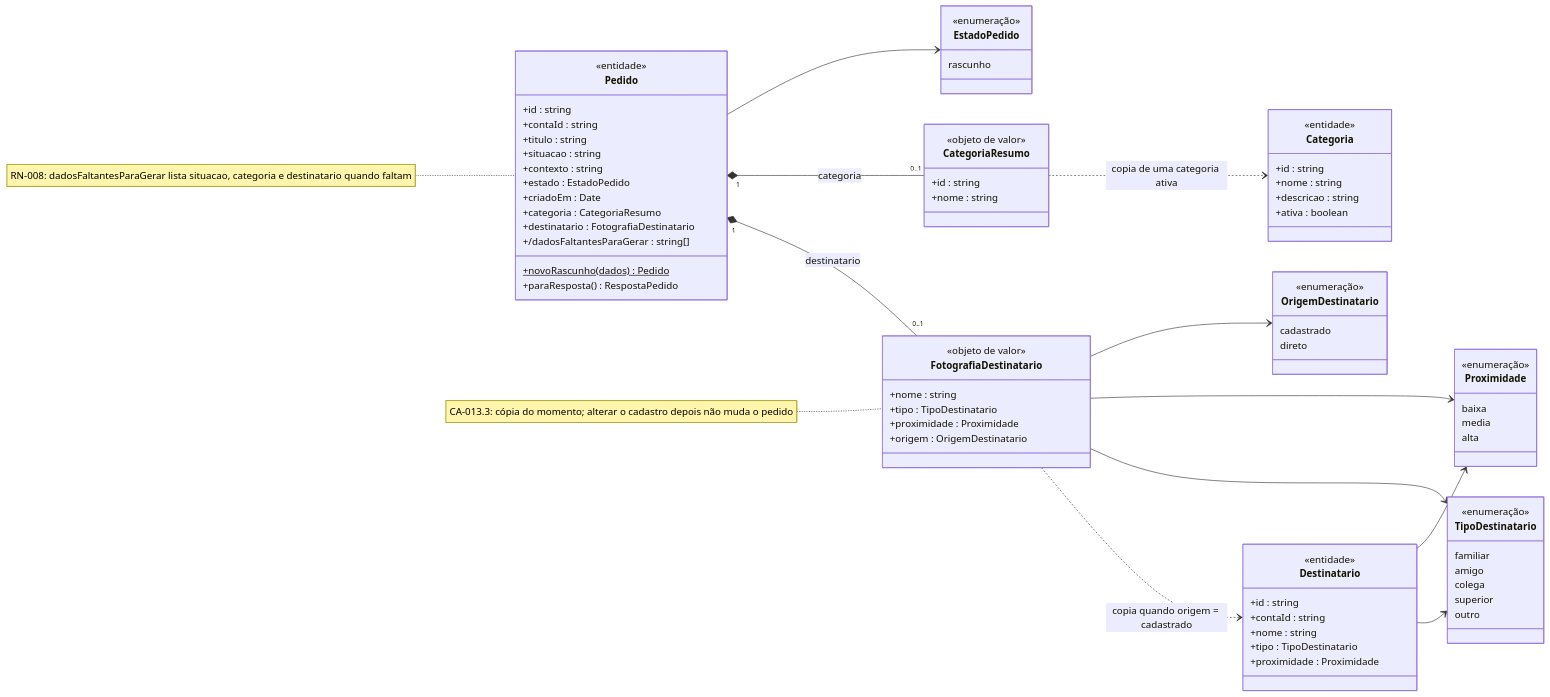
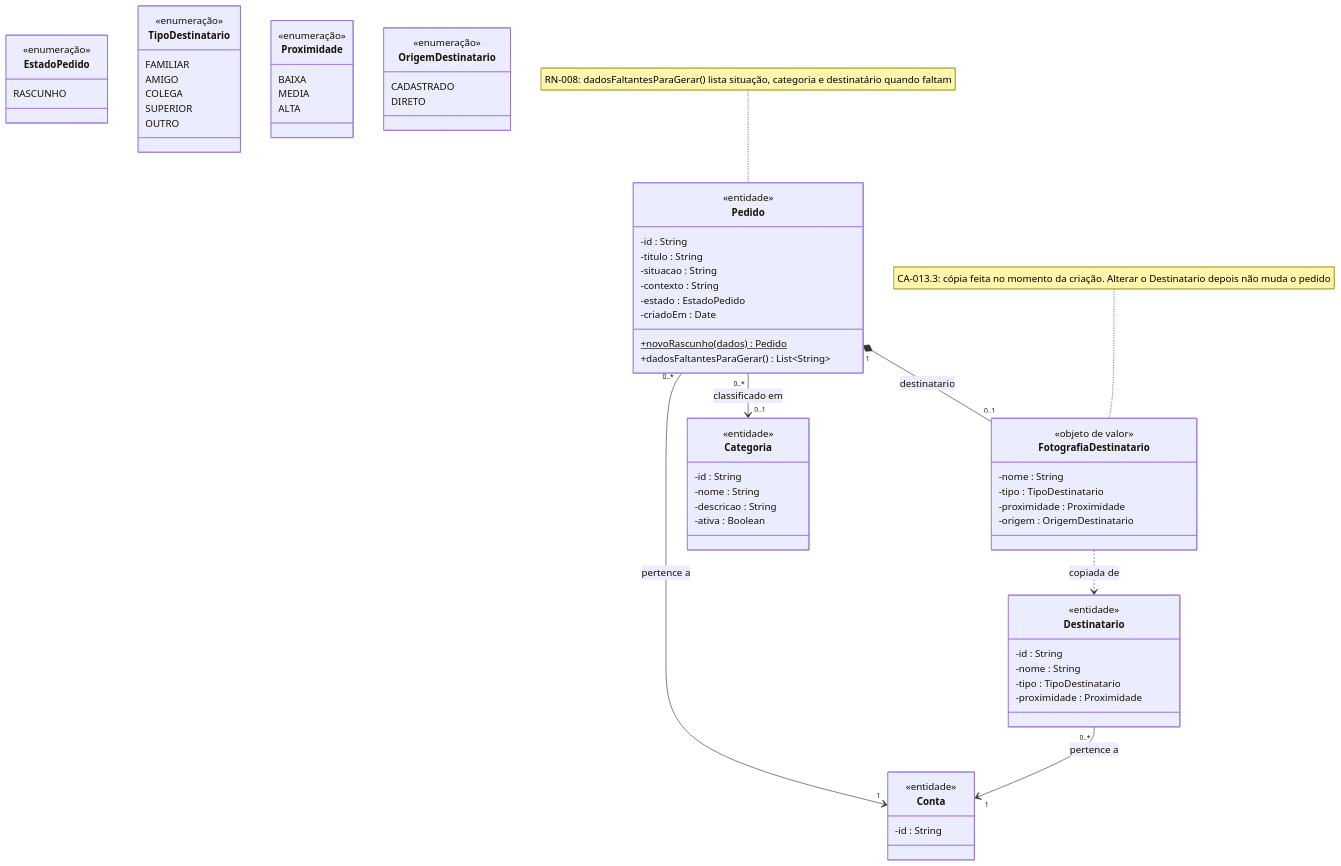
One commit to isabvenancio/atividades_aps changed the first of 4 diagrams in Trabalho Final/docs/diagrama-classes-uc-013.md. Above: the diagram before and after it, drawn with Mermaid. The commit also changed other lines of this file, not shown here.

First line of the commit message:
docs(docs): refaz o diagrama de classes do UC-013

````diff
--- a/Trabalho Final/docs/diagrama-classes-uc-013.md
+++ b/Trabalho Final/docs/diagrama-classes-uc-013.md
@@ -15,92 +18,81 @@
 ```mermaid
 classDiagram
-    direction LR
+    direction TB
+
+    class Conta {
+        <<entidade>>
+        -id : String
+    }
 
     class Pedido {
         <<entidade>>
-        +id : string
-        +contaId : string
-        +titulo : string
-        +situacao : string
-        +contexto : string
-        +estado : EstadoPedido
-        +criadoEm : Date
-        +categoria : CategoriaResumo
-        +destinatario : FotografiaDestinatario
-        +/dadosFaltantesParaGerar : string[]
+        -id : String
+        -titulo : String
+        -situacao : String
+        -contexto : String
+        -estado : EstadoPedido
+        -criadoEm : Date
         +novoRascunho(dados) Pedido$
-        +paraResposta() RespostaPedido
+        +dadosFaltantesParaGerar() List~String~
     }
 
     class FotografiaDestinatario {
         <<objeto de valor>>
-        +nome : string
-        +tipo : TipoDestinatario
-        +proximidade : Proximidade
-        +origem : OrigemDestinatario
-    }
-
-    class CategoriaResumo {
-        <<objeto de valor>>
-        +id : string
-        +nome : string
+        -nome : String
+        -tipo : TipoDestinatario
+        -proximidade : Proximidade
+        -origem : OrigemDestinatario
     }
 
     class Destinatario {
         <<entidade>>
-        +id : string
-        +contaId : string
-        +nome : string
-        +tipo : TipoDestinatario
-        +proximidade : Proximidade
+        -id : String
+        -nome : String
+        -tipo : TipoDestinatario
+        -proximidade : Proximidade
     }
 
     class Categoria {
         <<entidade>>
-        +id : string
-        +nome : string
-        +descricao : string
-        +ativa : boolean
+        -id : String
+        -nome : String
+        -descricao : String
+        -ativa : Boolean
     }
 
     class EstadoPedido {
         <<enumeração>>
-        rascunho
+        RASCUNHO
     }
 
     class TipoDestinatario {
         <<enumeração>>
-        familiar
-        amigo
-        colega
-        superior
-        outro
+        FAMILIAR
+        AMIGO
+        COLEGA
+        SUPERIOR
+        OUTRO
     }
 
     class Proximidade {
         <<enumeração>>
-        baixa
-        media
-        alta
+        BAIXA
+        MEDIA
+        ALTA
     }
 
     class OrigemDestinatario {
         <<enumeração>>
-        cadastrado
-        direto
+        CADASTRADO
+        DIRETO
     }
 
+    Pedido "0..*" --> "1" Conta : pertence a
+    Destinatario "0..*" --> "1" Conta : pertence a
+    Pedido "0..*" --> "0..1" Categoria : classificado em
     Pedido "1" *-- "0..1" FotografiaDestinatario : destinatario
-    Pedido "1" *-- "0..1" CategoriaResumo : categoria
-    Pedido --> EstadoPedido
-    FotografiaDestinatario ..> Destinatario : copia quando origem = cadastrado
-    CategoriaResumo ..> Categoria : copia de uma categoria ativa
-    FotografiaDestinatario --> TipoDestinatario
-    FotografiaDestinatario --> Proximidade
-    FotografiaDestinatario --> OrigemDestinatario
-    Destinatario --> TipoDestinatario
-    Destinatario --> Proximidade
+    FotografiaDestinatario ..> Destinatario : copiada de
 
-    note for Pedido "RN-008: dadosFaltantesParaGerar lista situacao, categoria e destinatario quando faltam"
-    note for FotografiaDestinatario "CA-013.3: cópia do momento; alterar o cadastro depois não muda o pedido"
+    note for Pedido "RN-008: dadosFaltantesParaGerar() lista situação, categoria e destinatário quando faltam"
+    note for FotografiaDestinatario "CA-013.3: cópia feita no momento da criação. Alterar o Destinatario depois não muda o pedido"
 ```
````
